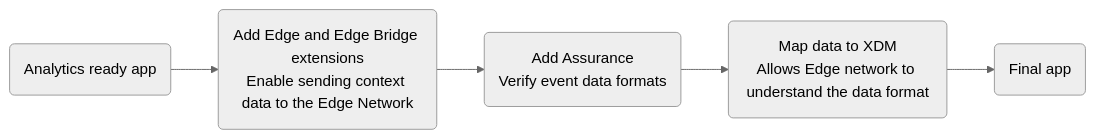
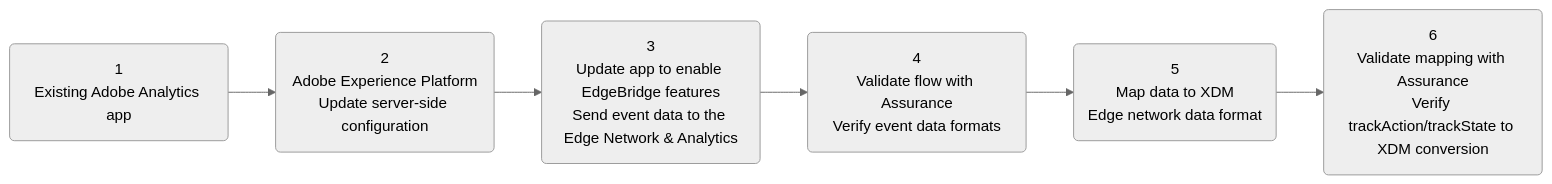
One commit to adobe/aepsdk-edgebridge-ios changed the first of 2 diagrams in Documentation/tutorials/edge-bridge-tutorial.md. Above: the diagram before and after it, drawn with Mermaid (neutral theme). The commit also changed other lines of this file and 50 other files, not shown here.

Commit message:
Update start and final app to match edge tutorial format

````diff
--- a/Documentation/tutorials/edge-bridge-tutorial.md
+++ b/Documentation/tutorials/edge-bridge-tutorial.md
@@ -30,4 +24,9 @@
 ```mermaid
 graph LR;
-    step1(Analytics ready app) --> step2(Add Edge and Edge Bridge extensions<br/>Enable sending context data to the Edge Network) --> step3(Add Assurance<br/>Verify event data formats) --> step4(Map data to XDM<br/>Allows Edge network to understand the data format) --> step5(Final app);
+    step1(1<br/>Existing Adobe Analytics app) -->
+    step2(2<br/>Adobe Experience Platform<br/>Update server-side configuration) --> 
+    step3(3<br/>Update app to enable EdgeBridge features<br/>Send event data to the Edge Network & Analytics) --> 
+    step4(4<br/>Validate flow with Assurance<br/>Verify event data formats) -->
+    step5(5<br/>Map data to XDM<br/>Edge network data format) -->
+    step6(6<br/>Validate mapping with Assurance<br/>Verify trackAction/trackState to XDM conversion)
 ```
````
